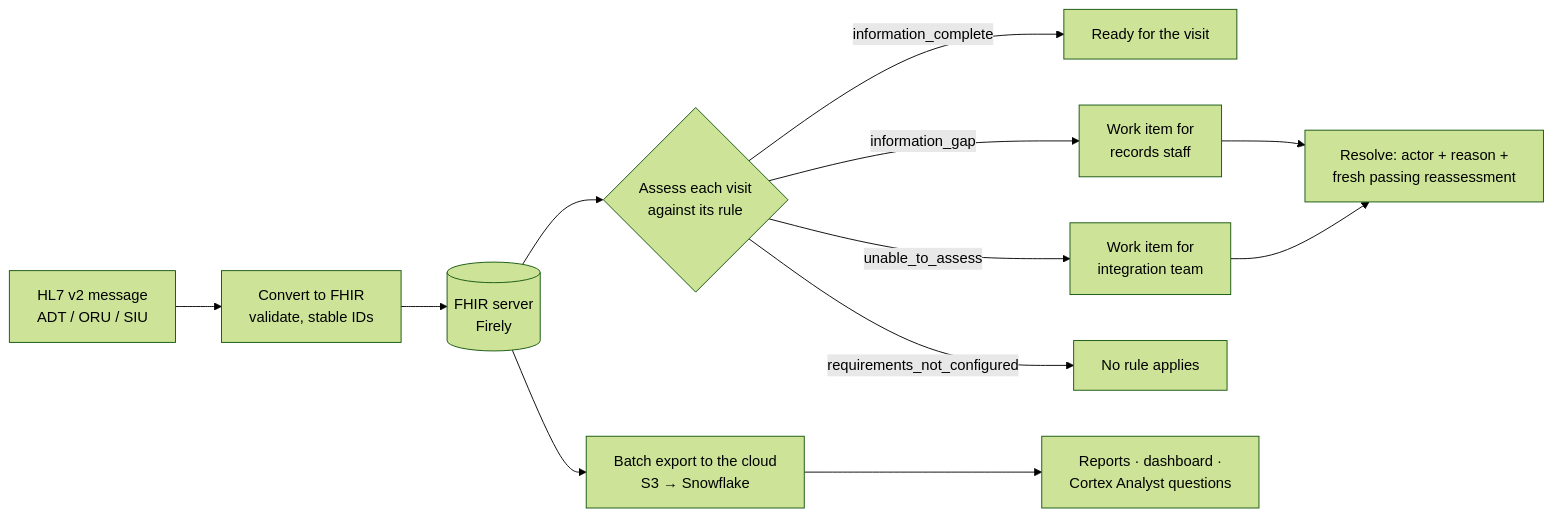
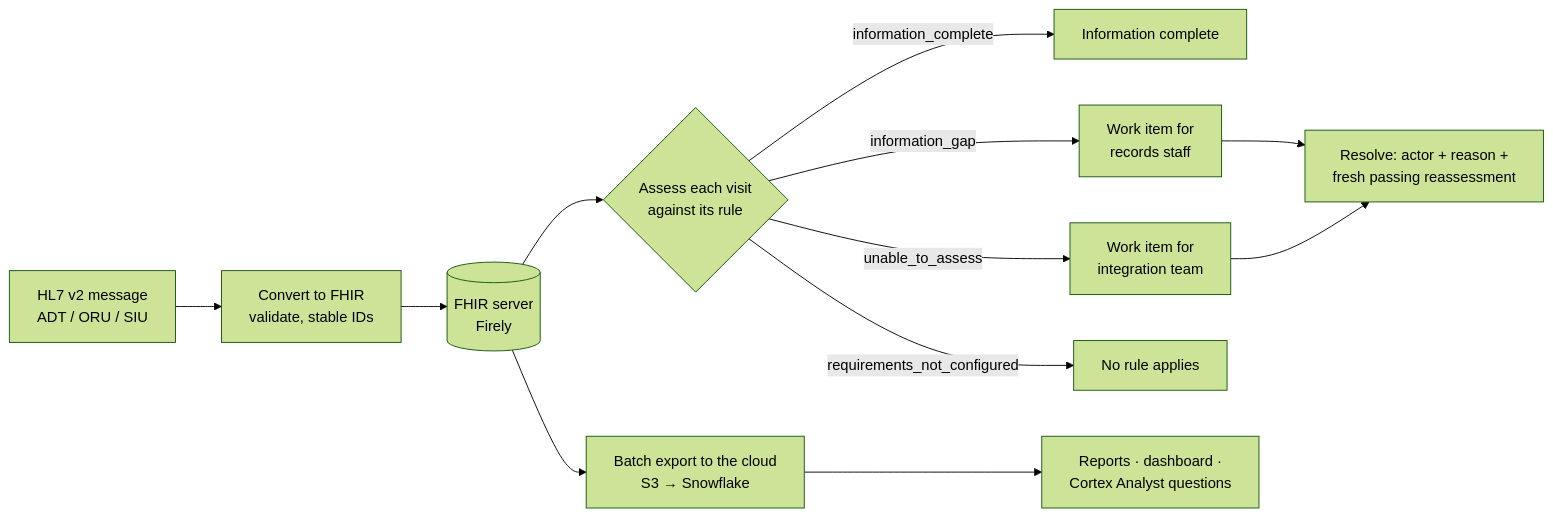
The diagram in docs/business-overview.md (tarunL2203/hl7-fhir-connected-care), drawn with Mermaid (forest theme) before and after one commit. The commit also changed other lines of this file and 23 other files, not shown here.

````diff
--- a/docs/business-overview.md
+++ b/docs/business-overview.md
@@ -28,14 +28,14 @@
 ```mermaid
 flowchart LR
     A["HL7 v2 message<br/>ADT / ORU / SIU"] --> B["Convert to FHIR<br/>validate, stable IDs"]
     B --> C[("FHIR server<br/>Firely")]
     C --> D{"Assess each visit<br/>against its rule"}
-    D -->|information_complete| E["Ready for the visit"]
+    D -->|information_complete| E["Information complete"]
     D -->|information_gap| F["Work item for<br/>records staff"]
     D -->|unable_to_assess| G["Work item for<br/>integration team"]
     D -->|requirements_not_configured| H["No rule applies"]
     F --> I["Resolve: actor + reason +<br/>fresh passing reassessment"]
     G --> I
     C --> J["Batch export to the cloud<br/>S3 → Snowflake"]
     J --> K["Reports · dashboard ·<br/>Cortex Analyst questions"]
 ```
````
